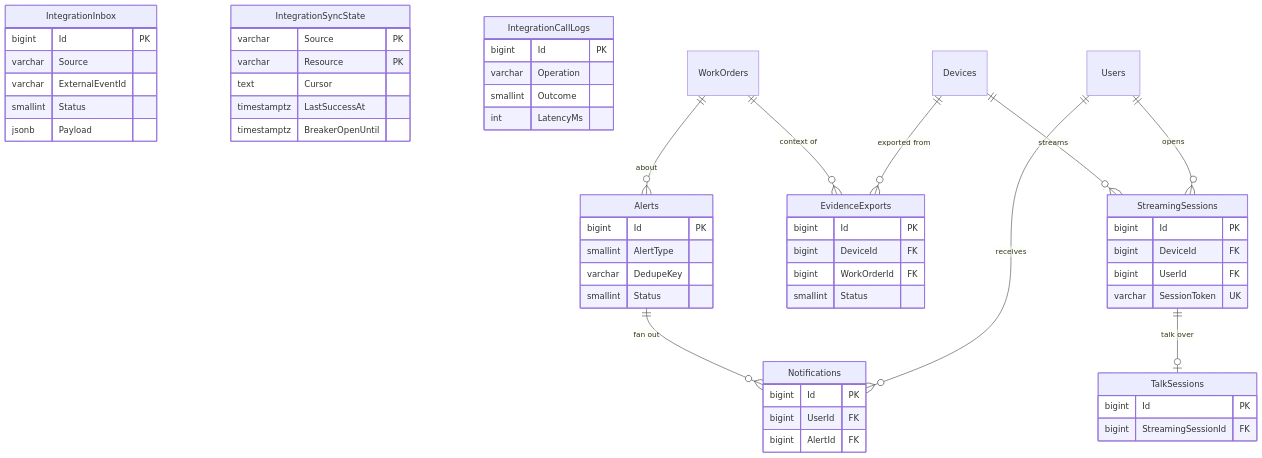
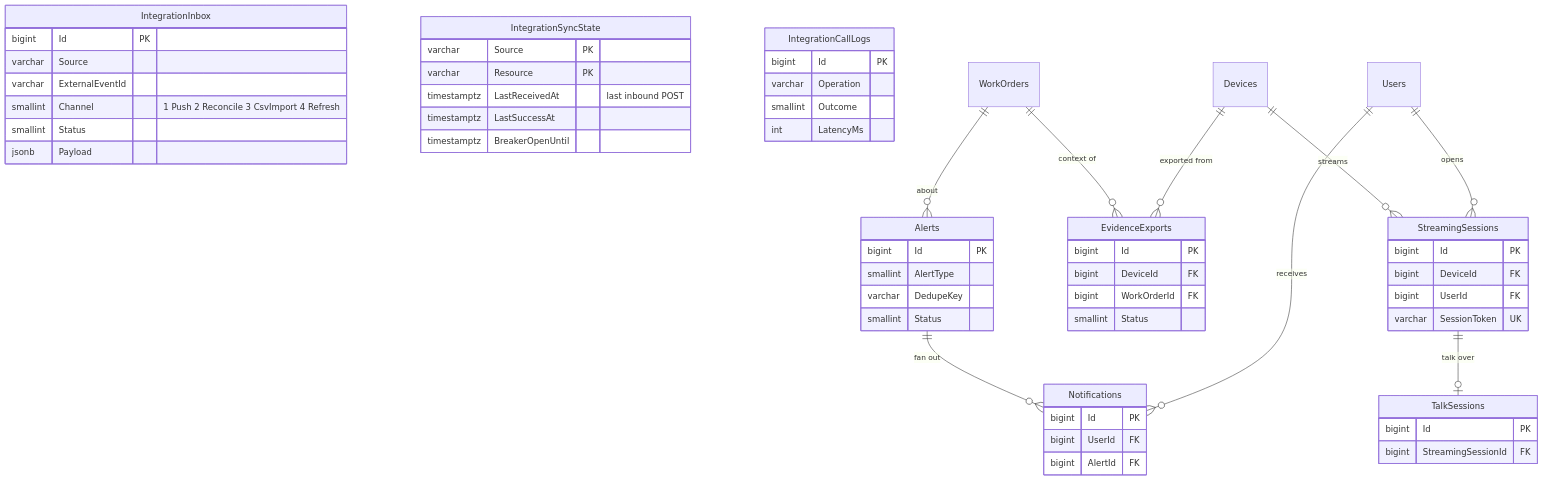
One commit to b-werayut/psd-bodycam-v1.0 changed the third of 3 diagrams in docs/blueprint/04-database-design.md. Above: the diagram before and after it, drawn with Mermaid. The commit also changed other lines of this file and 15 other files, not shown here.

````diff
--- a/docs/blueprint/04-database-design.md
+++ b/docs/blueprint/04-database-design.md
@@ -209,58 +211,59 @@
 ```mermaid
 erDiagram
   IntegrationInbox {
     bigint Id PK
     varchar Source
     varchar ExternalEventId
+    smallint Channel "1 Push 2 Reconcile 3 CsvImport 4 Refresh"
     smallint Status
     jsonb Payload
   }
   IntegrationSyncState {
     varchar Source PK
     varchar Resource PK
-    text Cursor
+    timestamptz LastReceivedAt "last inbound POST"
     timestamptz LastSuccessAt
     timestamptz BreakerOpenUntil
   }
   IntegrationCallLogs {
     bigint Id PK
     varchar Operation
     smallint Outcome
     int LatencyMs
   }
   Devices ||--o{ StreamingSessions : streams
   Users ||--o{ StreamingSessions : opens
   StreamingSessions ||--o| TalkSessions : "talk over"
   WorkOrders ||--o{ EvidenceExports : "context of"
   Devices ||--o{ EvidenceExports : "exported from"
   Alerts ||--o{ Notifications : "fan out"
   Users ||--o{ Notifications : receives
   WorkOrders ||--o{ Alerts : about
   StreamingSessions {
     bigint Id PK
     bigint DeviceId FK
     bigint UserId FK
     varchar SessionToken UK
   }
   TalkSessions {
     bigint Id PK
     bigint StreamingSessionId FK
   }
   EvidenceExports {
     bigint Id PK
     bigint DeviceId FK
     bigint WorkOrderId FK
     smallint Status
   }
   Alerts {
     bigint Id PK
     smallint AlertType
     varchar DedupeKey
     smallint Status
   }
   Notifications {
     bigint Id PK
     bigint UserId FK
     bigint AlertId FK
   }
 ```
````
